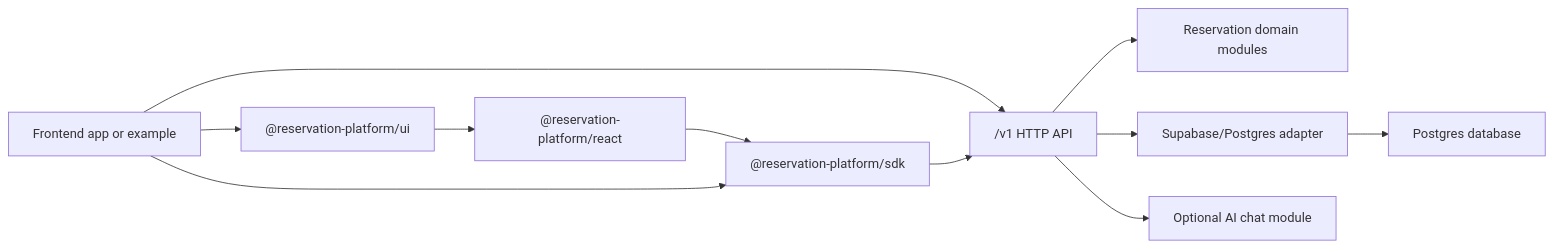
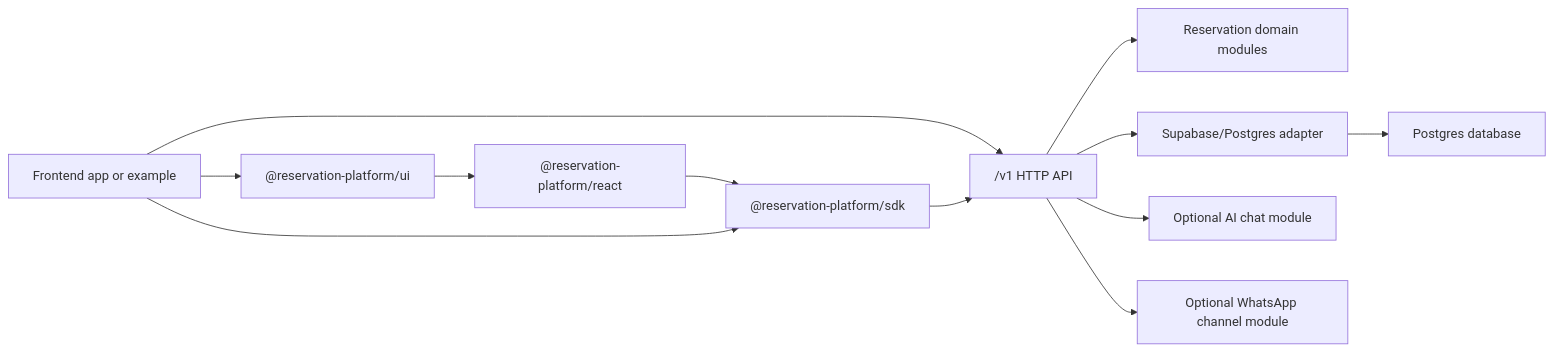
The diagram in README.md (jericho0521/reservation-app), drawn with Mermaid before and after one commit. The commit also changed other lines of this file and 5 other files, not shown here.

````diff
--- a/README.md
+++ b/README.md
@@ -22,13 +22,14 @@
 ```mermaid
 flowchart LR
   Frontend["Frontend app or example"] --> UI["@reservation-platform/ui"]
   UI --> React["@reservation-platform/react"]
   React --> SDK["@reservation-platform/sdk"]
   Frontend --> SDK
   Frontend --> API["/v1 HTTP API"]
   SDK --> API
   API --> Domain["Reservation domain modules"]
   API --> Adapter["Supabase/Postgres adapter"]
   Adapter --> Database["Postgres database"]
   API --> Chat["Optional AI chat module"]
+  API --> WhatsApp["Optional WhatsApp channel module"]
 ```
````
